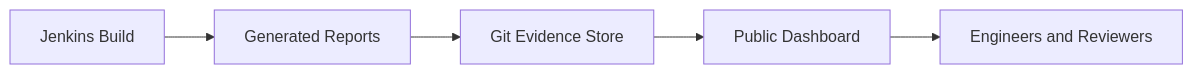
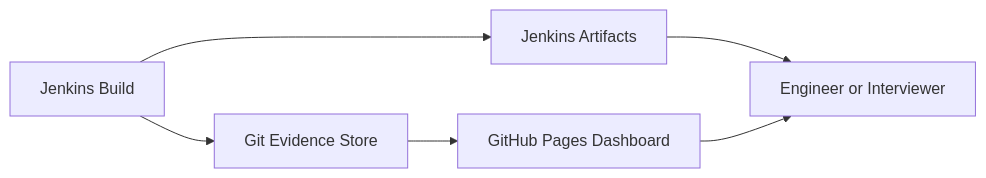
Before and after one commit to Github-Arun-Repo/platform-engineering-reference-architectures: the second of 2 diagrams in supply-chain-security-ref/README.md, drawn with Mermaid. The commit also changed other lines of this file and 2 other files, not shown here.

Commit message:
docs(security): align Jenkins architecture and stage guide

````diff
--- a/supply-chain-security-ref/README.md
+++ b/supply-chain-security-ref/README.md
@@ -134,13 +442,14 @@
 ```mermaid
 flowchart LR
     build[Jenkins Build]
-    reports[Generated Reports]
+    artifacts[Jenkins Artifacts]
     git[Git Evidence Store]
-    dashboard[Public Dashboard]
-    engineers[Engineers and Reviewers]
+    pages[GitHub Pages Dashboard]
+    reviewer[Engineer or Interviewer]
 
-    build --> reports
-    reports --> git
-    git --> dashboard
-    dashboard --> engineers
+    build --> artifacts
+    build --> git
+    git --> pages
+    artifacts --> reviewer
+    pages --> reviewer
 ```
````
